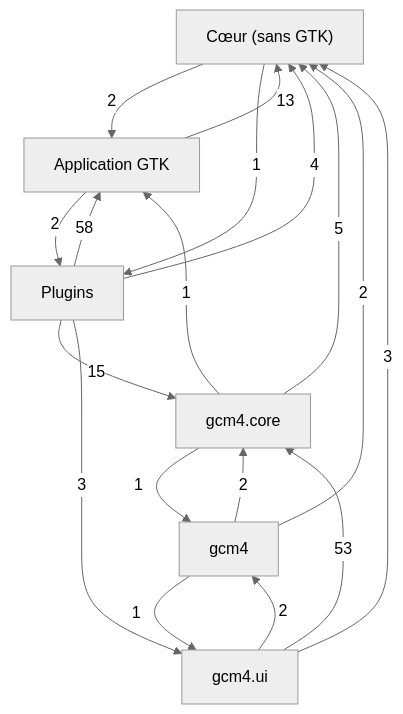
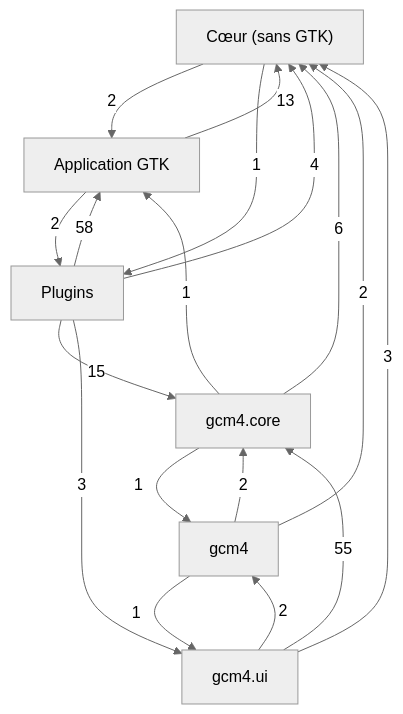
The first of 7 diagrams in docs/class-diagram.md (Mathide-Team/Gcm4), drawn with Mermaid (neutral theme) before and after one commit. The commit also changed other lines of this file and 66 other files, not shown here.

````diff
--- a/docs/class-diagram.md
+++ b/docs/class-diagram.md
@@ -21,26 +21,26 @@
 ```mermaid
 flowchart TD
     g0["Cœur (sans GTK)"]
     g1["Application GTK"]
     g2["Plugins"]
     g3["gcm4"]
     g4["gcm4.core"]
     g5["gcm4.ui"]
     g1 -->|13| g0
     g1 -->|2| g2
     g0 -->|2| g1
     g0 -->|1| g2
     g2 -->|58| g1
     g2 -->|4| g0
     g2 -->|15| g4
     g2 -->|3| g5
     g3 -->|2| g0
     g3 -->|2| g4
     g3 -->|1| g5
     g4 -->|1| g1
-    g4 -->|5| g0
+    g4 -->|6| g0
     g4 -->|1| g3
     g5 -->|3| g0
     g5 -->|2| g3
-    g5 -->|53| g4
+    g5 -->|55| g4
 ```
````
